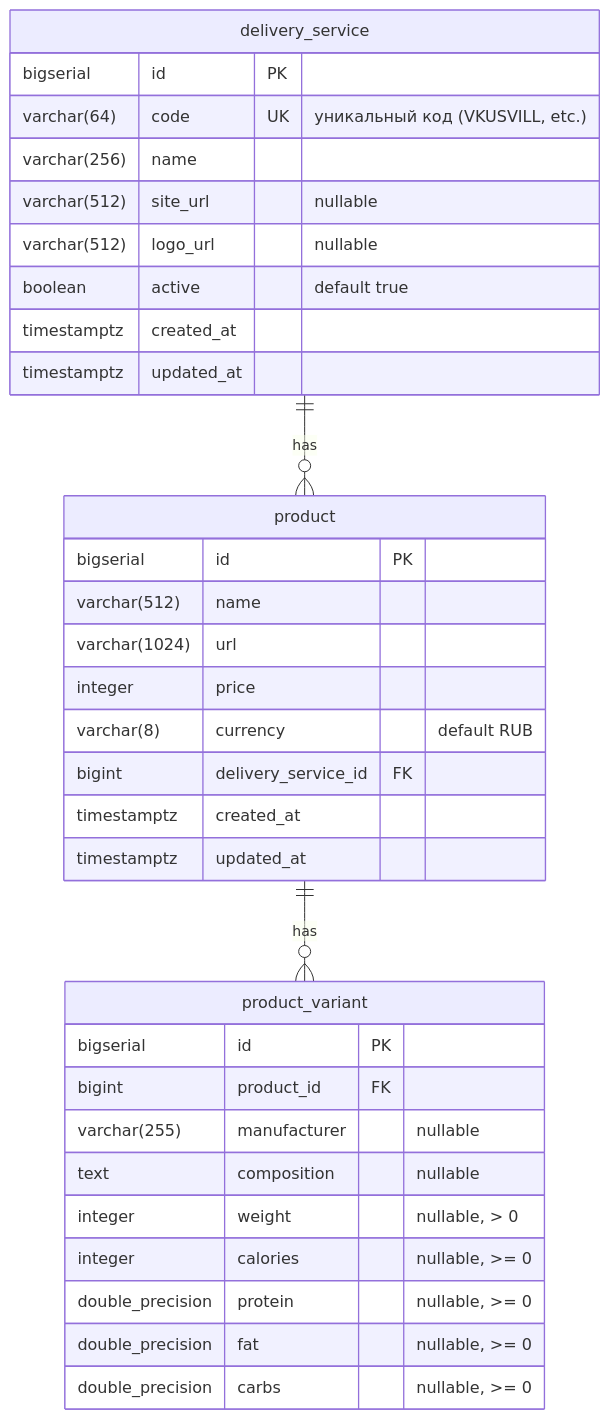
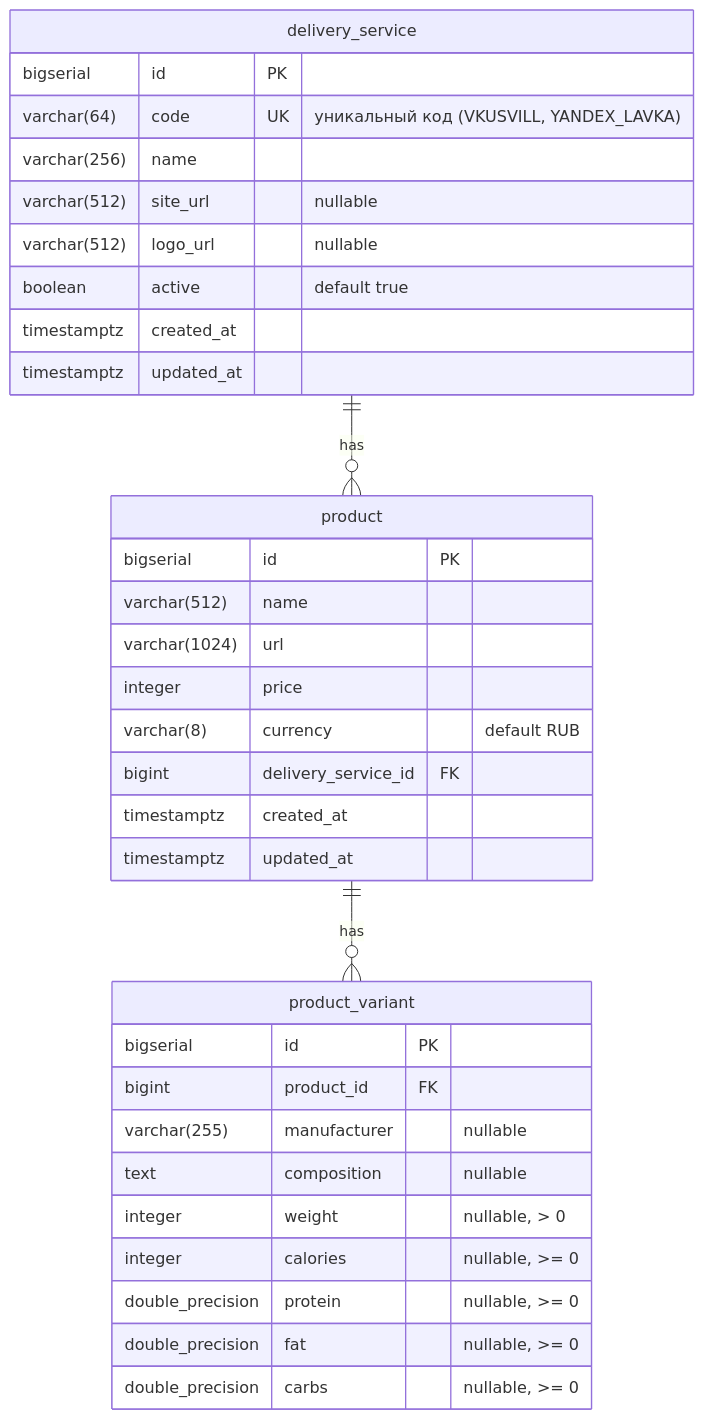
One commit to ma-maiorova/food-helper changed the fourth of 4 diagrams in service/docs/architecture.md. Above: the diagram before and after it, drawn with Mermaid. The commit also changed other lines of this file and 2 other files, not shown here.

````diff
--- a/service/docs/architecture.md
+++ b/service/docs/architecture.md
@@ -87,39 +85,39 @@
 ```mermaid
 erDiagram
     delivery_service {
         bigserial id PK
-        varchar(64) code UK "уникальный код (VKUSVILL, etc.)"
+        varchar(64) code UK "уникальный код (VKUSVILL, YANDEX_LAVKA)"
         varchar(256) name
         varchar(512) site_url "nullable"
         varchar(512) logo_url "nullable"
         boolean active "default true"
         timestamptz created_at
         timestamptz updated_at
     }
 
     product {
         bigserial id PK
         varchar(512) name
         varchar(1024) url
         integer price
         varchar(8) currency "default RUB"
         bigint delivery_service_id FK
         timestamptz created_at
         timestamptz updated_at
     }
 
     product_variant {
         bigserial id PK
         bigint product_id FK
         varchar(255) manufacturer "nullable"
         text composition "nullable"
         integer weight "nullable, > 0"
         integer calories "nullable, >= 0"
         double_precision protein "nullable, >= 0"
         double_precision fat "nullable, >= 0"
         double_precision carbs "nullable, >= 0"
     }
 
     delivery_service ||--o{ product : "has"
     product ||--o{ product_variant : "has"
 ```
````
